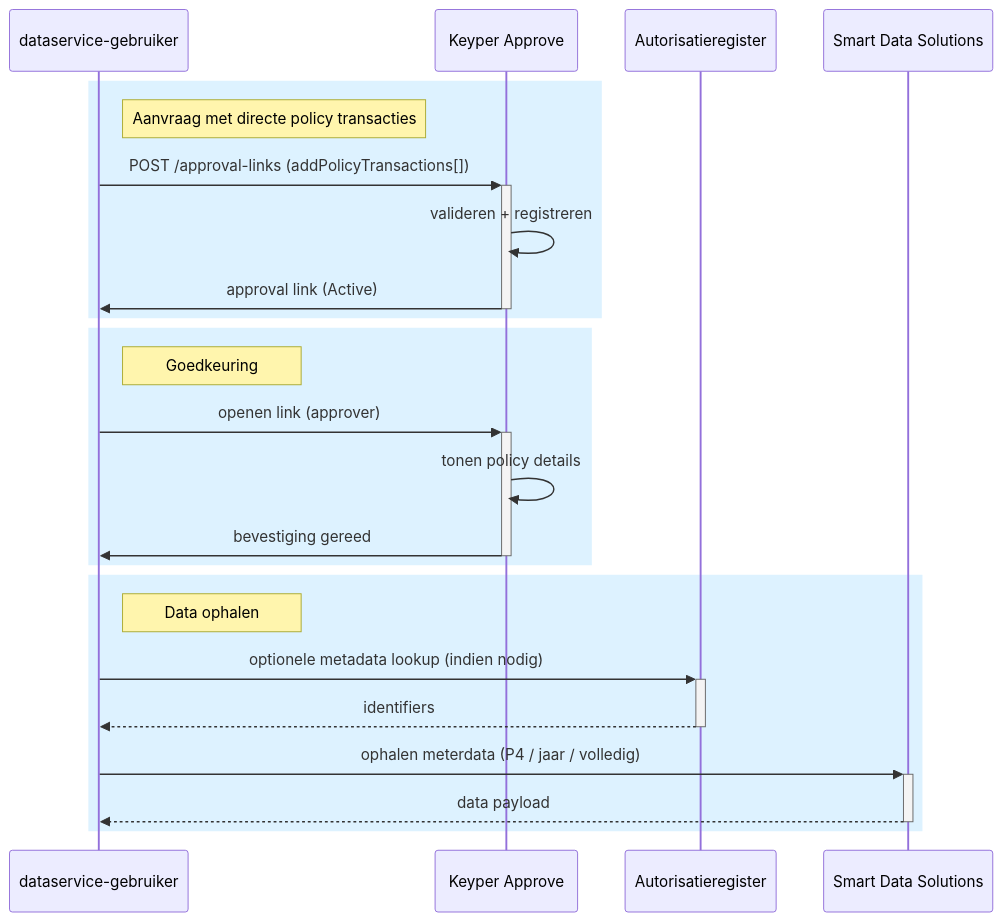
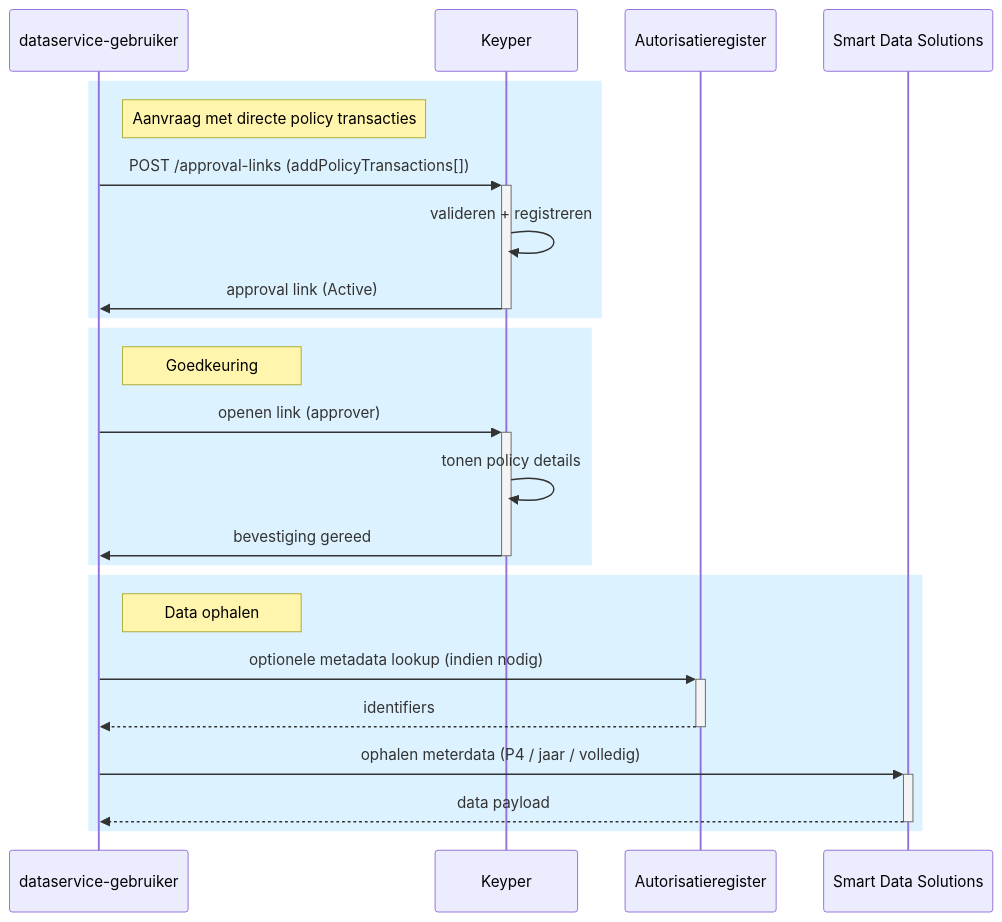
One commit to POORT8/Poort8.Docs changed the diagram in dvu/direct-ean.md. Above: the diagram before and after it, drawn with Mermaid. The commit also changed other lines of this file and 7 other files, not shown here.

````diff
--- a/dvu/direct-ean.md
+++ b/dvu/direct-ean.md
@@ -133,29 +157,29 @@
 ```mermaid
 sequenceDiagram
   participant DG as dataservice-gebruiker
-  participant KA as Keyper Approve
+  participant KP as Keyper
   participant AR as Autorisatieregister
   participant SDS as Smart Data Solutions
 
   rect rgb(221, 242, 255)
     note right of DG: Aanvraag met directe policy transacties
-    DG->>+KA: POST /approval-links (addPolicyTransactions[])
-    KA->>KA: valideren + registreren
-    KA->>-DG: approval link (Active)
+    DG->>+KP: POST /approval-links (addPolicyTransactions[])
+    KP->>KP: valideren + registreren
+    KP->>-DG: approval link (Active)
   end
 
   rect rgb(221, 242, 255)
     note right of DG: Goedkeuring
-    DG->>+KA: openen link (approver)
-    KA->>KA: tonen policy details
-    KA->>-DG: bevestiging gereed
+    DG->>+KP: openen link (approver)
+    KP->>KP: tonen policy details
+    KP->>-DG: bevestiging gereed
   end
 
   rect rgb(221, 242, 255)
     note right of DG: Data ophalen
     DG->>+AR: optionele metadata lookup (indien nodig)
     AR-->>-DG: identifiers
     DG->>+SDS: ophalen meterdata (P4 / jaar / volledig)
     SDS-->>-DG: data payload
   end
 ```
````
